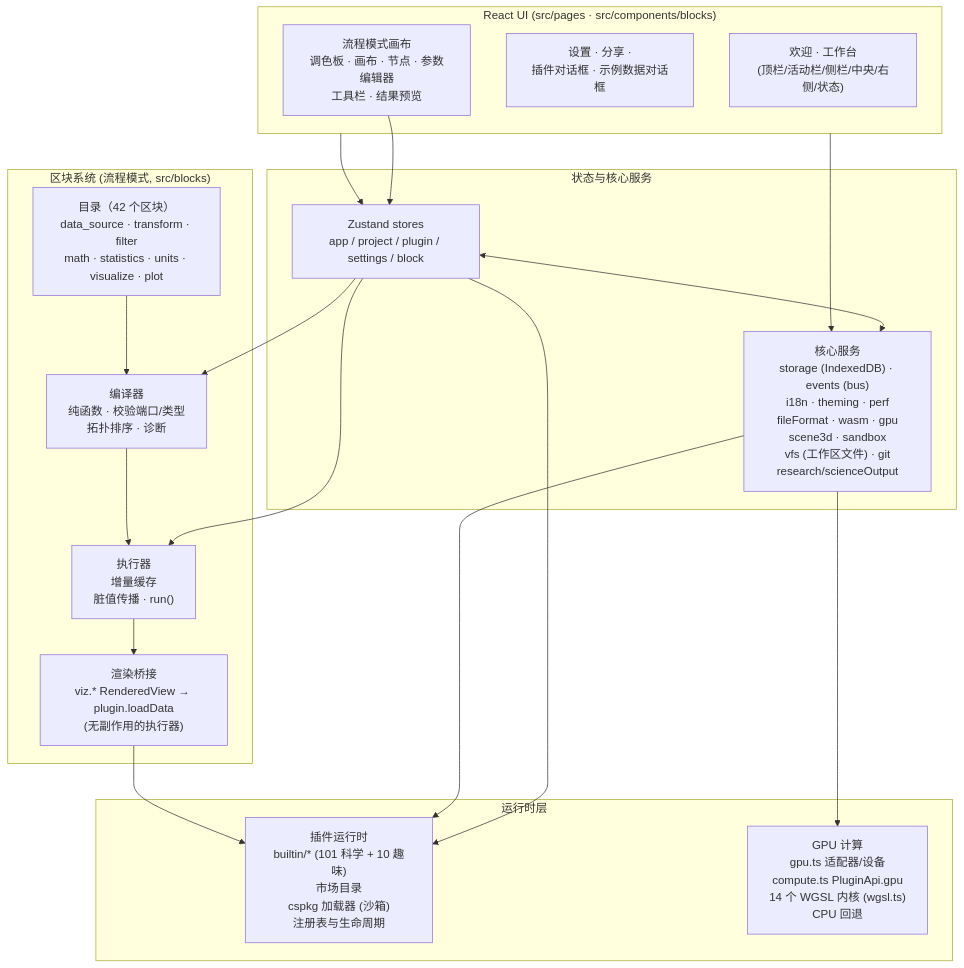
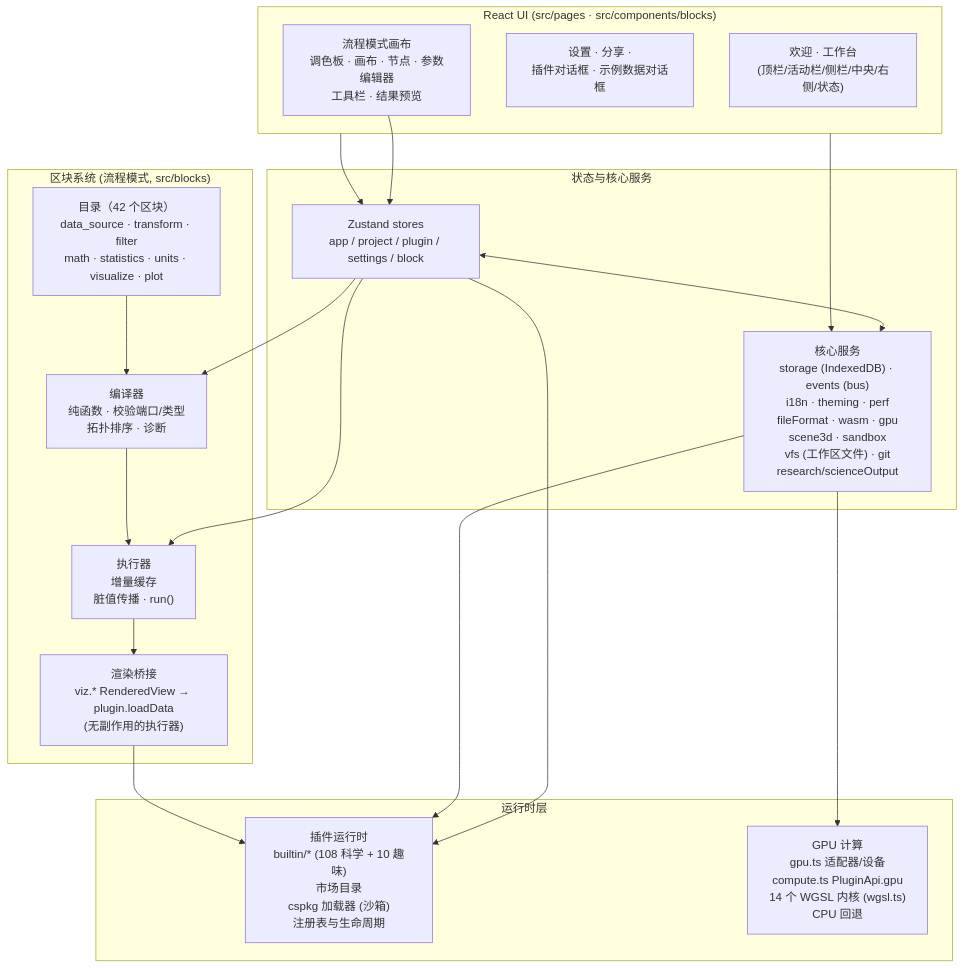
One commit to SnowLeopard-io/ErgalicsStudio changed the diagram in README.zh-CN.md. Above: the diagram before and after it, drawn with Mermaid. The commit also changed other lines of this file and 56 other files, not shown here.

````diff
--- a/README.zh-CN.md
+++ b/README.zh-CN.md
@@ -172,39 +172,39 @@
 ```mermaid
 flowchart TB
     subgraph UI["React UI (src/pages · src/components/blocks)"]
         A1["欢迎 · 工作台<br/>(顶栏/活动栏/侧栏/中央/右侧/状态)"]
         A2["设置 · 分享 ·<br/>插件对话框 · 示例数据对话框"]
         A3["流程模式画布<br/>调色板 · 画布 · 节点 · 参数编辑器<br/>工具栏 · 结果预览"]
     end
 
     subgraph State["状态与核心服务"]
         B1["Zustand stores<br/>app / project / plugin / settings / block"]
         B2["核心服务<br/>storage (IndexedDB) · events (bus)<br/>i18n · theming · perf<br/>fileFormat · wasm · gpu<br/>scene3d · sandbox<br/>vfs (工作区文件) · git<br/>research/scienceOutput"]
     end
 
     subgraph Blocks["区块系统 (流程模式, src/blocks)"]
         D1["目录（42 个区块）<br/>data_source · transform · filter<br/>math · statistics · units · visualize · plot"]
         D2["编译器<br/>纯函数 · 校验端口/类型<br/>拓扑排序 · 诊断"]
         D3["执行器<br/>增量缓存<br/>脏值传播 · run()"]
         D4["渲染桥接<br/>viz.* RenderedView → plugin.loadData<br/>(无副作用的执行器)"]
     end
 
     subgraph Runtime["运行时层"]
-        C1["插件运行时<br/>builtin/* (101 科学 + 10 趣味)<br/>市场目录<br/>cspkg 加载器 (沙箱)<br/>注册表与生命周期"]
+        C1["插件运行时<br/>builtin/* (108 科学 + 10 趣味)<br/>市场目录<br/>cspkg 加载器 (沙箱)<br/>注册表与生命周期"]
         C2["GPU 计算<br/>gpu.ts 适配器/设备<br/>compute.ts PluginApi.gpu<br/>14 个 WGSL 内核 (wgsl.ts)<br/>CPU 回退"]
     end
 
     UI --> B1
     UI --> B2
     B1 <--> B2
     B1 --> C1
     B2 --> C1
     B2 --> C2
     A3 --> B1
     B1 --> D2
     B1 --> D3
     D2 --> D3
     D1 --> D2
     D3 --> D4
     D4 --> C1
 ```
````
